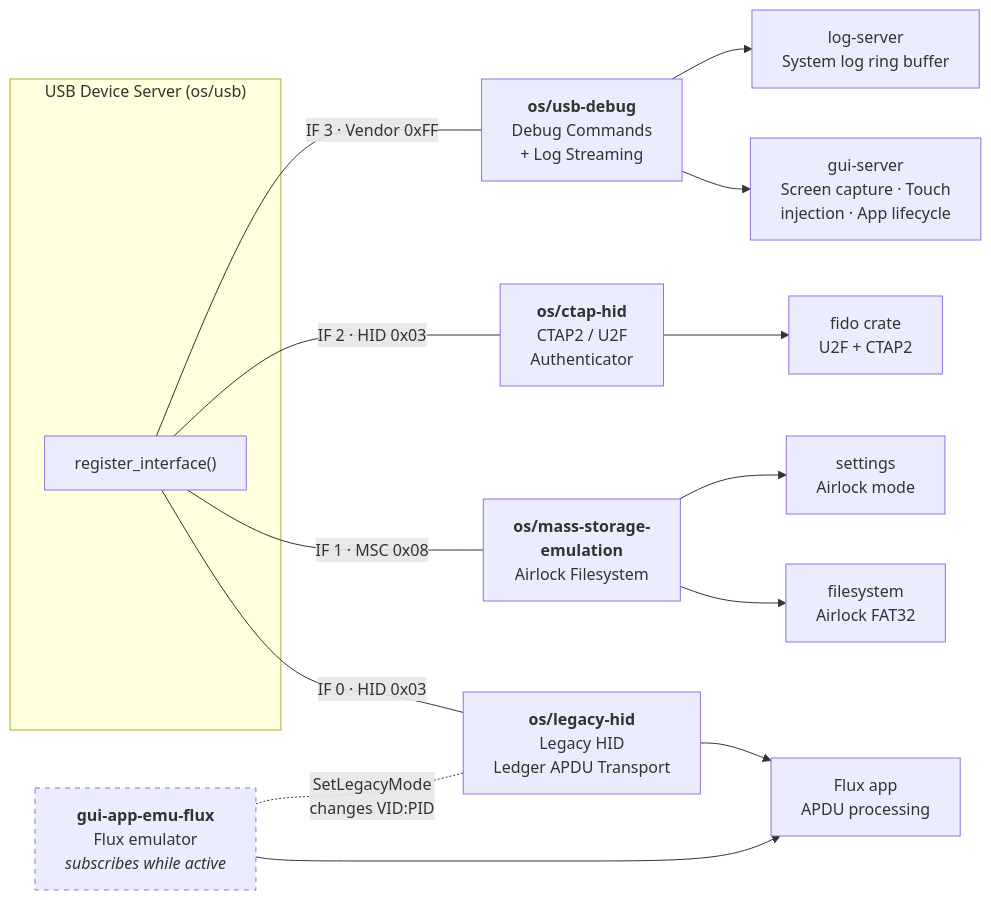
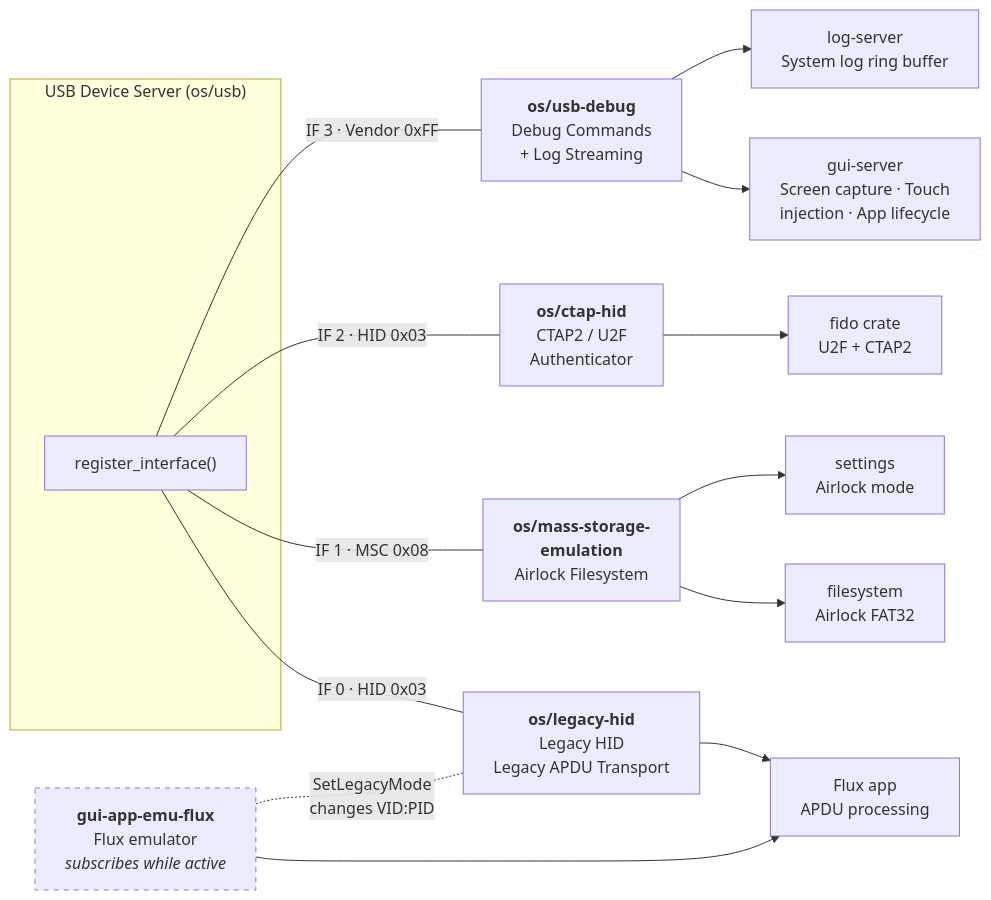
One commit to Foundation-Devices/KeyOS changed the third of 4 diagrams in docs/usb-architecture.md. Above: the diagram before and after it, drawn with Mermaid. The commit also changed other lines of this file and 128 other files, not shown here.

````diff
--- a/docs/usb-architecture.md
+++ b/docs/usb-architecture.md
@@ -137,35 +137,35 @@
 ```mermaid
 graph LR
     subgraph "USB Device Server (os/usb)"
         USB["register_interface()"]
     end
 
     CTAP["<b>os/ctap-hid</b><br/>CTAP2 / U2F<br/>Authenticator"]
     DBG["<b>os/usb-debug</b><br/>Debug Commands<br/>+ Log Streaming"]
     MSE["<b>os/mass-storage-<br/>emulation</b><br/>Airlock Filesystem"]
-    LEGACY["<b>os/legacy-hid</b><br/>Legacy HID<br/>Ledger APDU Transport"]
+    LEGACY["<b>os/legacy-hid</b><br/>Legacy HID<br/>Legacy APDU Transport"]
     FLUX["<b>gui-app-emu-flux</b><br/>Flux emulator<br/><i>subscribes while active</i>"]
 
     USB -- "IF 0 · HID 0x03" --- LEGACY
     USB -- "IF 1 · MSC 0x08" --- MSE
     USB -- "IF 2 · HID 0x03" --- CTAP
     USB -- "IF 3 · Vendor 0xFF" --- DBG
     FLUX -. "SetLegacyMode<br/>changes VID:PID" .- LEGACY
 
     FIDO["fido crate<br/>U2F + CTAP2"]
     GUI["gui-server<br/>Screen capture · Touch<br/>injection · App lifecycle"]
     LOG["log-server<br/>System log ring buffer"]
     FS["filesystem<br/>Airlock FAT32"]
     SETTINGS["settings<br/>Airlock mode"]
     SEPH["Flux app<br/>APDU processing"]
 
     LEGACY --> SEPH
     CTAP --> FIDO
     DBG --> GUI
     DBG --> LOG
     MSE --> FS
     MSE --> SETTINGS
     FLUX --> SEPH
 
     style FLUX stroke-dasharray: 5 5
 ```
````
